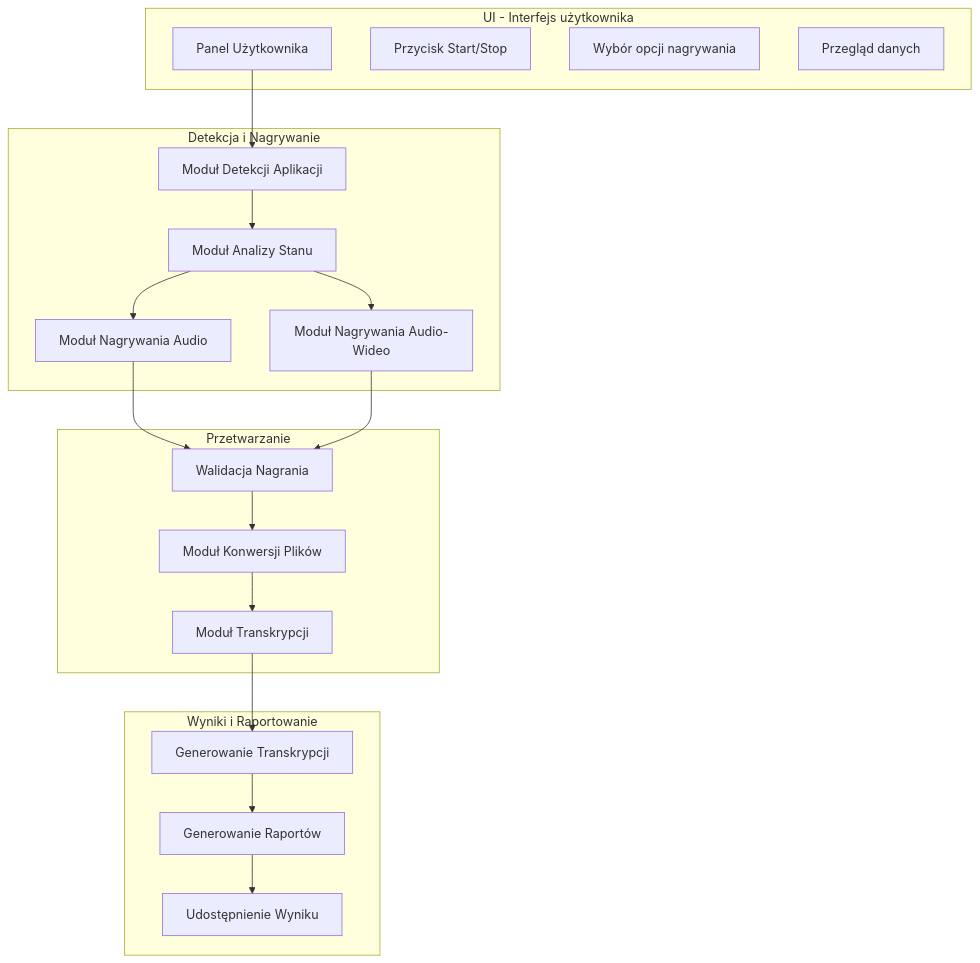
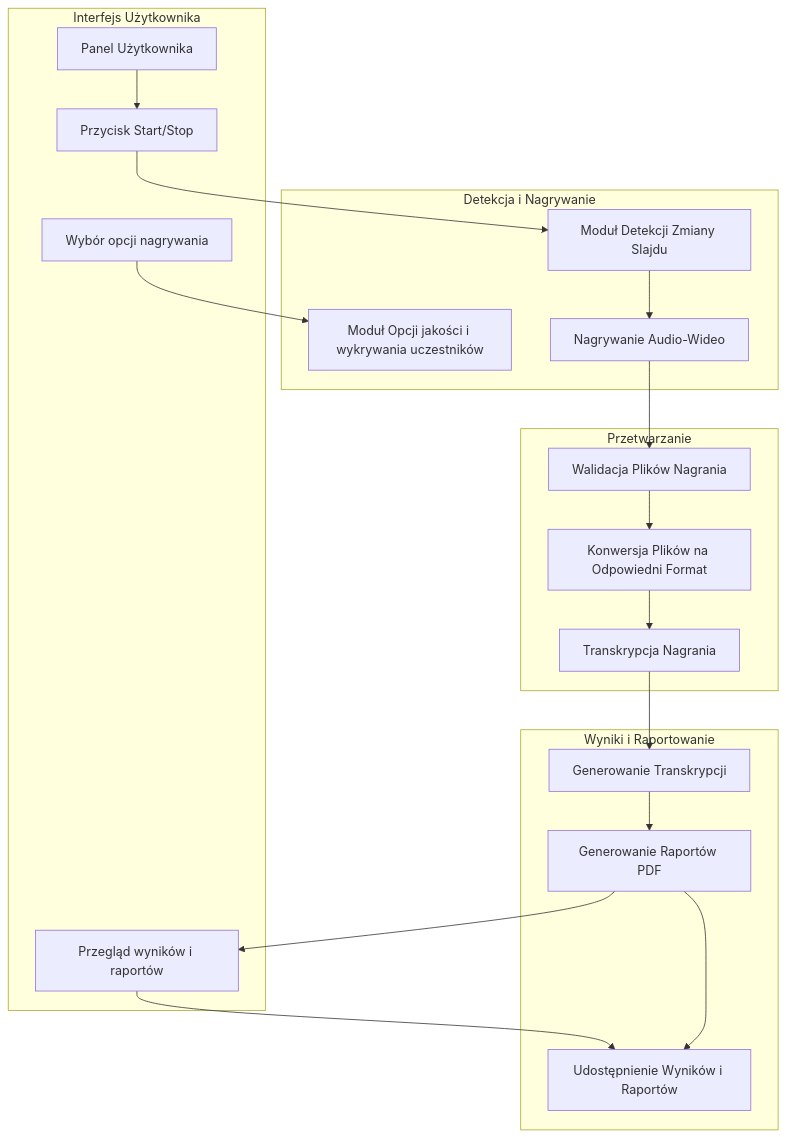
The third of 3 diagrams in README.md (sikorski1/IO_projekt), drawn with Mermaid before and after one commit. The commit also changed other lines of this file and 14 other files, not shown here.

````diff
--- a/README.md
+++ b/README.md
@@ -106,41 +99,42 @@
-``` mermaid
+```mermaid
 graph TD;
-    
-subgraph UI - Interfejs użytkownika
-    U1[Panel Użytkownika]
-    U2[Przycisk Start/Stop]
-    U3[Wybór opcji nagrywania]
-    U4[Przegląd danych]
+  
+subgraph Interfejs Użytkownika
+    UI1[Panel Użytkownika]
+    UI2[Przycisk Start/Stop]
+    UI3[Wybór opcji nagrywania]
+    UI4[Przegląd wyników i raportów]
 end
 
 subgraph Detekcja i Nagrywanie
-    D1[Moduł Detekcji Aplikacji]
-    D2[Moduł Analizy Stanu]
-    N1[Moduł Nagrywania Audio]
-    N2[Moduł Nagrywania Audio-Wideo]
+    DN1[Moduł Detekcji Zmiany Slajdu]
+    DN2[Moduł Opcji jakości i wykrywania uczestników]
+    DN4[Nagrywanie Audio-Wideo]
 end
 
 subgraph Przetwarzanie
-    P1[Walidacja Nagrania]
-    P2[Moduł Konwersji Plików]
-    P3[Moduł Transkrypcji]
+    PR1[Walidacja Plików Nagrania]
+    PR2[Konwersja Plików na Odpowiedni Format]
+    PR3[Transkrypcja Nagrania]
 end
 
 subgraph Wyniki i Raportowanie
-    W1[Generowanie Transkrypcji]
-    W2[Generowanie Raportów]
-    W3[Udostępnienie Wyniku]
+    WR1[Generowanie Transkrypcji]
+    WR2[Generowanie Raportów PDF]
+    WR3[Udostępnienie Wyników i Raportów]
 end
 
-U1 --> D1
-D1 --> D2
-D2 --> N1
-D2 --> N2
-N1 --> P1
-N2 --> P1
-P1 --> P2
-P2 --> P3
-P3 --> W1
-W1 --> W2
-W2 --> W3
+%% Połączenia logiczne
+UI1 --> UI2
+UI2 --> DN1
+UI3 --> DN2
+DN1 --> DN4
+DN4 --> PR1
+PR1 --> PR2
+PR2 --> PR3
+PR3 --> WR1
+WR1 --> WR2
+WR2 --> UI4
+WR2 --> WR3
+UI4 --> WR3
 ```
````
